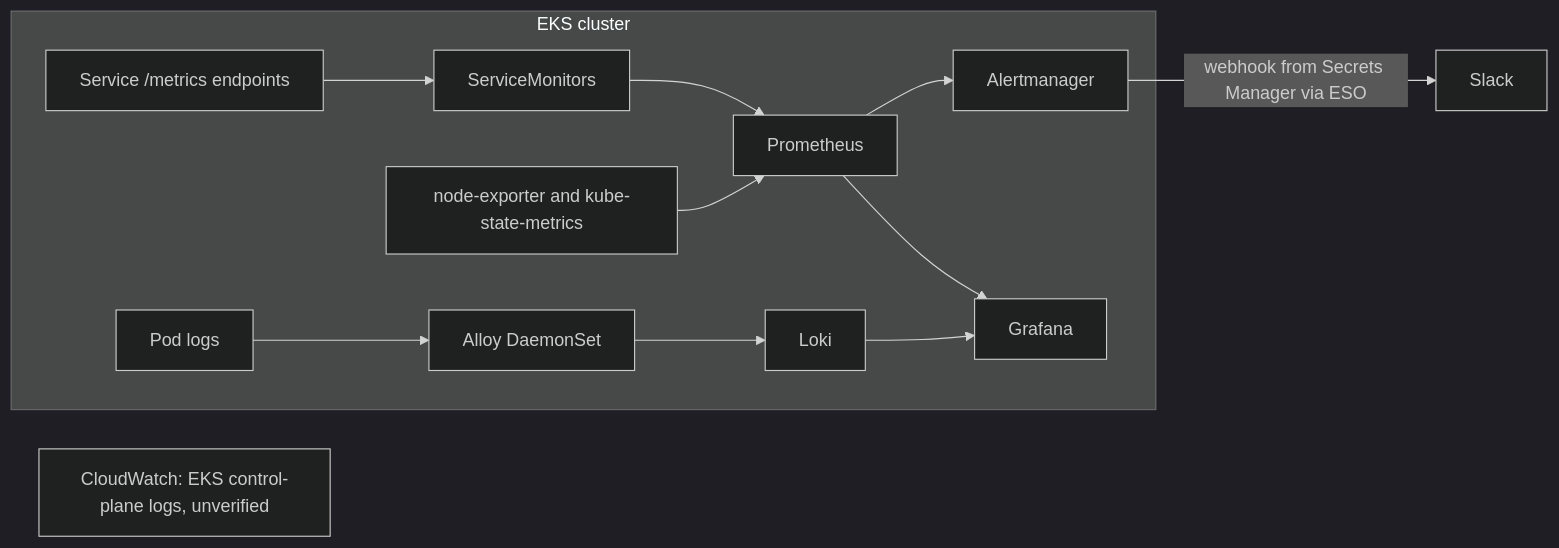
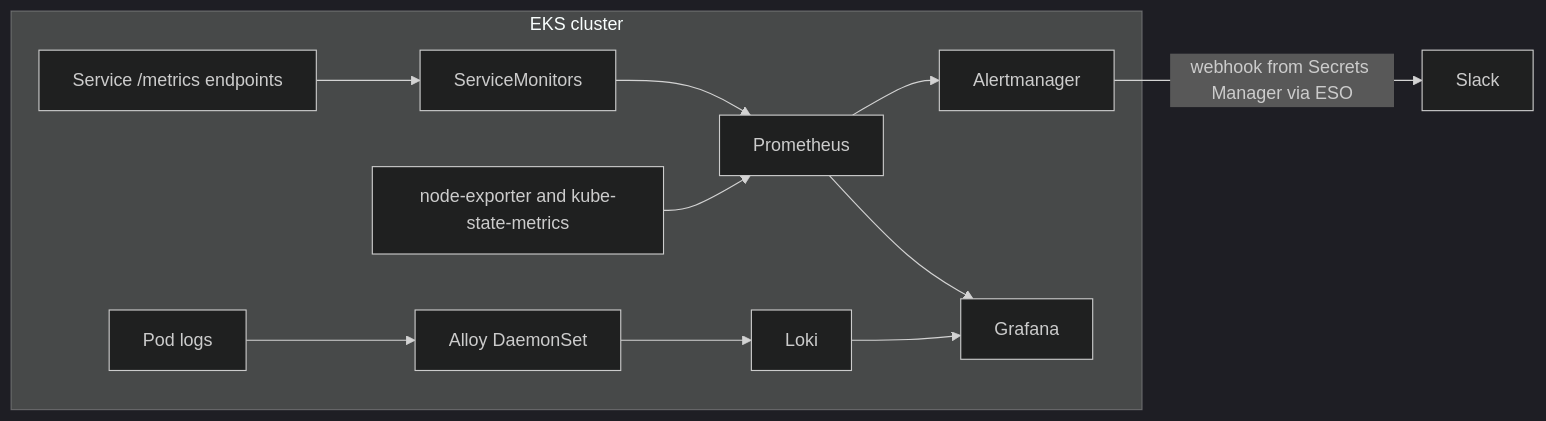
The fifth of 5 diagrams in docs/architecture-aws.md (Althaf05/foodhub), drawn with Mermaid (dark theme) before and after one commit. The commit also changed other lines of this file, not shown here.

Commit message:
docs: correct architecture diagrams

````diff
--- a/docs/architecture-aws.md
+++ b/docs/architecture-aws.md
@@ -120,14 +120,13 @@
 ```mermaid
 flowchart LR
   subgraph Cluster[EKS cluster]
     SVC[Service /metrics endpoints] --> SM[ServiceMonitors]
     SM --> PROM[Prometheus]
     NE[node-exporter and kube-state-metrics] --> PROM
     PODS[Pod logs] --> ALLOY[Alloy DaemonSet] --> LOKI[Loki]
     PROM --> AM[Alertmanager]
     PROM --> GRAF[Grafana]
     LOKI --> GRAF
   end
   AM -->|webhook from Secrets Manager via ESO| SLACK[Slack]
-  CW[CloudWatch: EKS control-plane logs, unverified]
 ```
````
